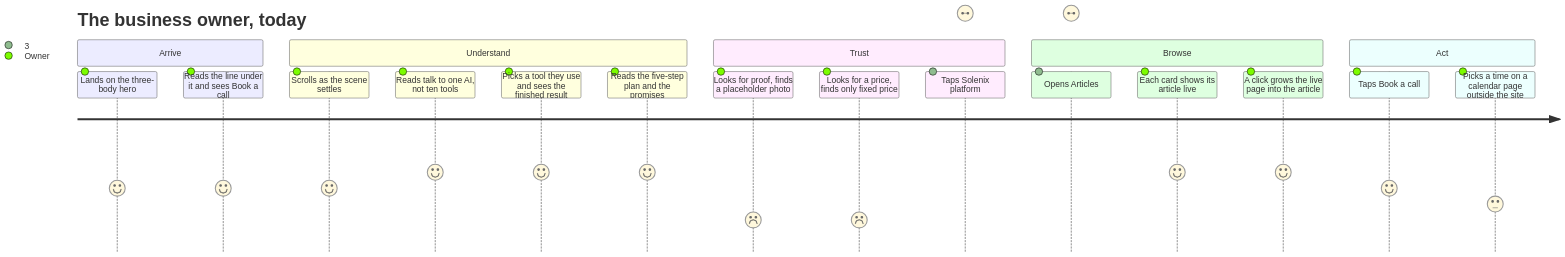
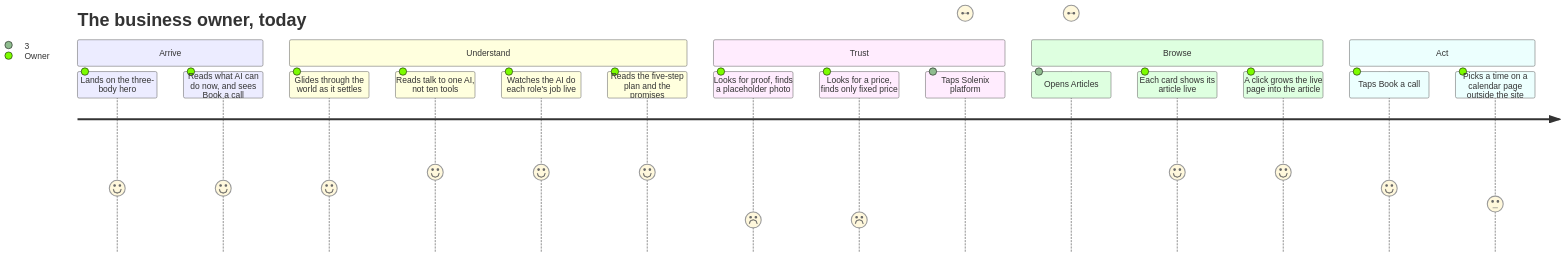
One commit to SolenixAI/solenix.dev changed the third of 8 diagrams in design/journeys.md. Above: the diagram before and after it, drawn with Mermaid. The commit also changed other lines of this file and 6 other files, not shown here.

First line of the commit message:
Docs agree with each other and with the site: decisions' home, any AI agent that can run commands, audience, habit, journeys, glossary

````diff
--- a/design/journeys.md
+++ b/design/journeys.md
@@ -105,23 +105,23 @@
 ```mermaid
 journey
   title The business owner, today
   section Arrive
     Lands on the three-body hero: 4: Owner
-    Reads the line under it and sees Book a call: 4: Owner
+    Reads what AI can do now, and sees Book a call: 4: Owner
   section Understand
-    Scrolls as the scene settles: 4: Owner
+    Glides through the world as it settles: 4: Owner
     Reads talk to one AI, not ten tools: 5: Owner
-    Picks a tool they use and sees the finished result: 5: Owner
+    Watches the AI do each role's job live: 5: Owner
     Reads the five-step plan and the promises: 5: Owner
   section Trust
     Looks for proof, finds a placeholder photo: 2: Owner
     Looks for a price, finds only fixed price: 2: Owner
     Taps Solenix platform: being rebuilt, Book a call: 3: Owner
   section Browse
     Opens Articles: the newest article live, no headline above it: 3: Owner
     Each card shows its article live: 5: Owner
     A click grows the live page into the article: 5: Owner
   section Act
     Taps Book a call: 4: Owner
     Picks a time on a calendar page outside the site: 3: Owner
 ```
````
